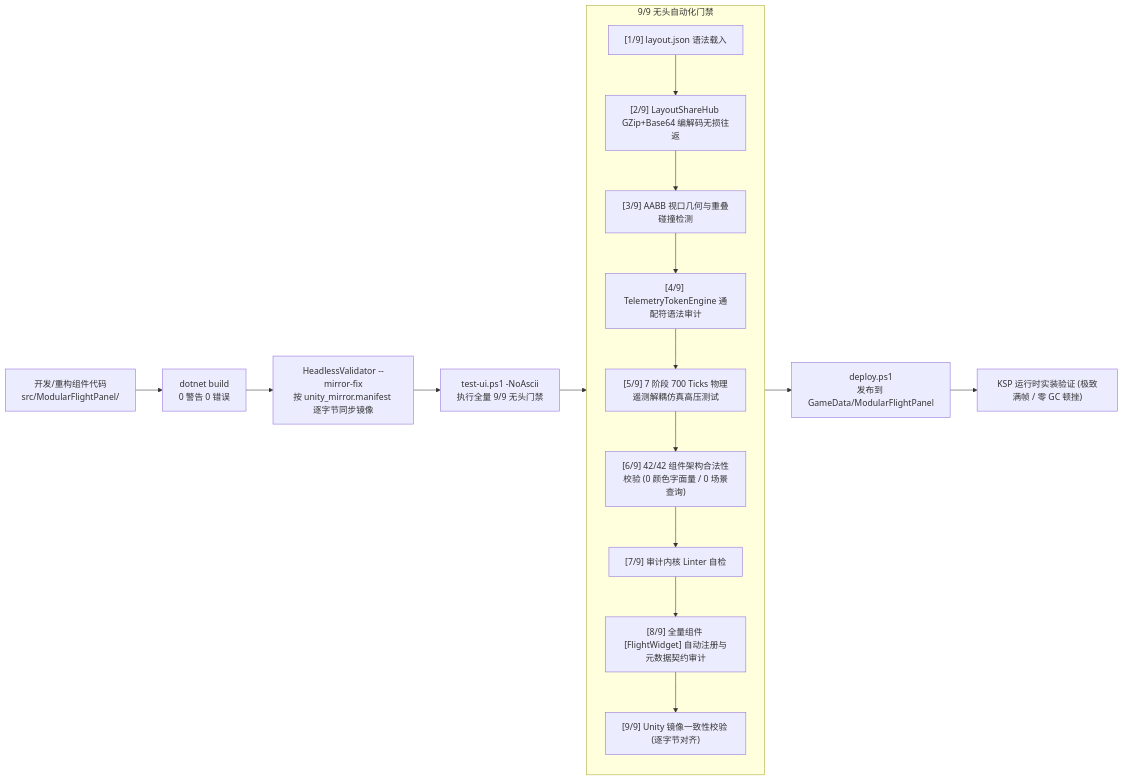
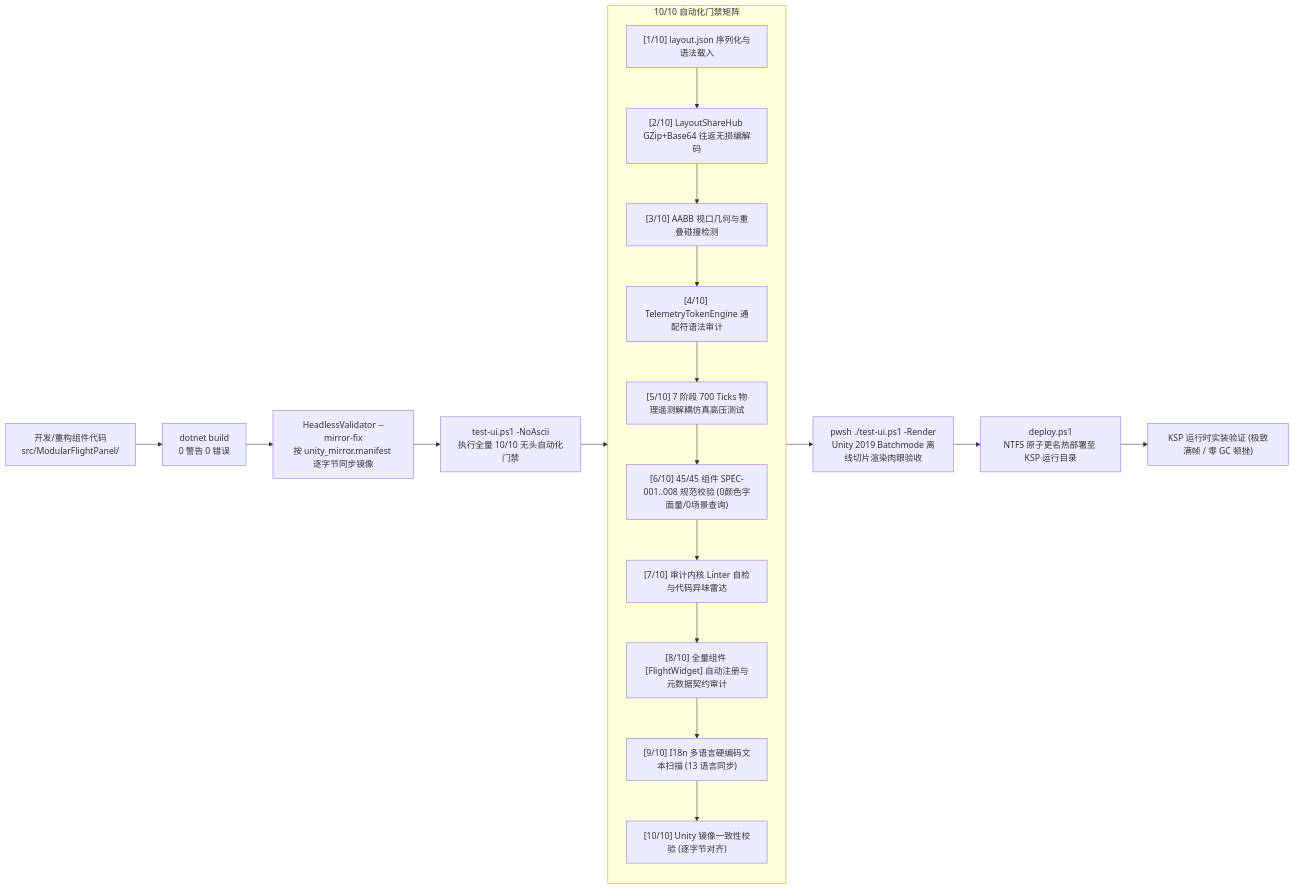
Before and after one commit to DiaoDaiaChan/KSP_ModularFlightPanel: the seventh of 7 diagrams in ARCHITECTURE.md, drawn with Mermaid. The commit also changed other lines of this file and 3 other files, not shown here.

````diff
--- a/ARCHITECTURE.md
+++ b/ARCHITECTURE.md
@@ -270,26 +369,28 @@
 ```mermaid
 flowchart LR
     Dev["开发/重构组件代码<br/>src/ModularFlightPanel/"] --> Build["dotnet build<br/>0 警告 0 错误"]
     
     Build --> SyncMirror["HeadlessValidator --mirror-fix<br/>按 unity_mirror.manifest 逐字节同步镜像"]
     
-    SyncMirror --> Gate["test-ui.ps1 -NoAscii<br/>执行全量 9/9 无头门禁"]
+    SyncMirror --> Gate["test-ui.ps1 -NoAscii<br/>执行全量 10/10 无头自动化门禁"]
     
-    subgraph NineGates["9/9 无头自动化门禁"]
+    subgraph TenGates["10/10 自动化门禁矩阵"]
         direction TB
-        G1["[1/9] layout.json 语法载入"]
-        G2["[2/9] LayoutShareHub GZip+Base64 编解码无损往返"]
-        G3["[3/9] AABB 视口几何与重叠碰撞检测"]
-        G4["[4/9] TelemetryTokenEngine 通配符语法审计"]
-        G5["[5/9] 7 阶段 700 Ticks 物理遥测解耦仿真高压测试"]
-        G6["[6/9] 42/42 组件架构合法性校验 (0 颜色字面量 / 0 场景查询)"]
-        G7["[7/9] 审计内核 Linter 自检"]
-        G8["[8/9] 全量组件 [FlightWidget] 自动注册与元数据契约审计"]
-        G9["[9/9] Unity 镜像一致性校验 (逐字节对齐)"]
-        G1 --> G2 --> G3 --> G4 --> G5 --> G6 --> G7 --> G8 --> G9
+        G1["[1/10] layout.json 序列化与语法载入"]
+        G2["[2/10] LayoutShareHub GZip+Base64 往返无损编解码"]
+        G3["[3/10] AABB 视口几何与重叠碰撞检测"]
+        G4["[4/10] TelemetryTokenEngine 通配符语法审计"]
+        G5["[5/10] 7 阶段 700 Ticks 物理遥测解耦仿真高压测试"]
+        G6["[6/10] 45/45 组件 SPEC-001..008 规范校验 (0颜色字面量/0场景查询)"]
+        G7["[7/10] 审计内核 Linter 自检与代码异味雷达"]
+        G8["[8/10] 全量组件 [FlightWidget] 自动注册与元数据契约审计"]
+        G9["[9/10] I18n 多语言硬编码文本扫描 (13 语言同步)"]
+        G10["[10/10] Unity 镜像一致性校验 (逐字节对齐)"]
+        G1 --> G2 --> G3 --> G4 --> G5 --> G6 --> G7 --> G8 --> G9 --> G10
     end
     
-    Gate --> NineGates
-    NineGates --> Deploy["deploy.ps1<br/>发布到 GameData/ModularFlightPanel"]
+    Gate --> TenGates
+    TenGates --> BatchRender["pwsh ./test-ui.ps1 -Render<br/>Unity 2019 Batchmode 离线切片渲染肉眼验收"]
+    BatchRender --> Deploy["deploy.ps1<br/>NTFS 原子更名热部署至 KSP 运行目录"]
     Deploy --> KSP_Run["KSP 运行时实装验证 (极致满帧 / 零 GC 顿挫)"]
 ```
````
